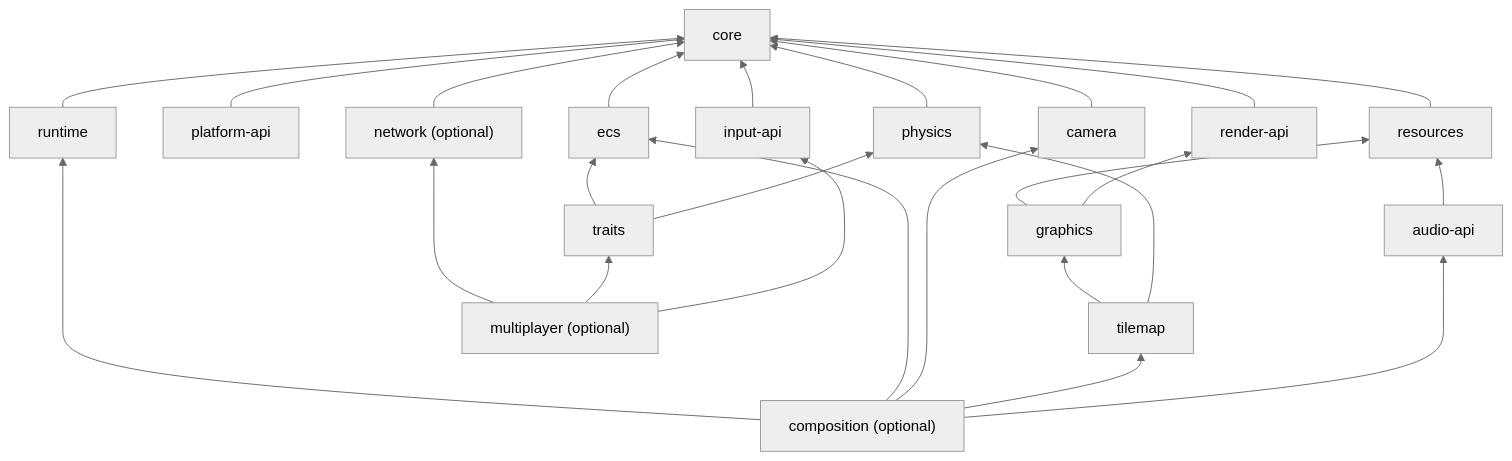
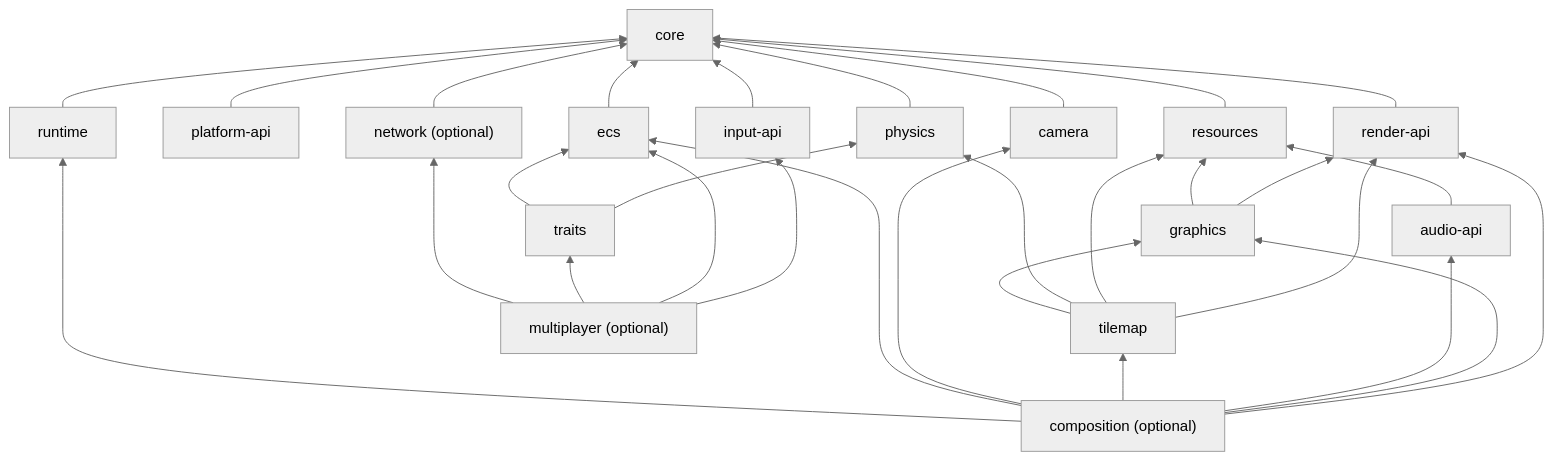
One commit to b3dgs/lionengine changed the diagram in docs/architecture/modules.md. Above: the diagram before and after it, drawn with Mermaid (neutral theme). The commit also changed other lines of this file and 31 other files, not shown here.

First line of the commit message:
docs: architecture review fixes and closure of the last open questions (ADR-0040 to ADR-0043) (#893)

````diff
--- a/docs/architecture/modules.md
+++ b/docs/architecture/modules.md
@@ -40,28 +40,33 @@
 ```mermaid
 flowchart BT
   core[core]
   runtime[runtime] --> core
   papi[platform-api] --> core
   rapi[render-api] --> core
   res[resources] --> core
   iapi[input-api] --> core
   ecs[ecs] --> core
   physics[physics] --> core
   camera[camera] --> core
   aapi[audio-api] --> res
   graphics[graphics] --> res
   graphics --> rapi
   tilemap[tilemap] --> graphics
   tilemap --> physics
+  tilemap --> res
+  tilemap --> rapi
   traits[traits] --> ecs
   traits --> physics
   composition["composition (optional)"] --> runtime
   composition --> ecs
   composition --> camera
   composition --> tilemap
   composition --> aapi
+  composition --> graphics
+  composition --> rapi
   network["network (optional)"] --> core
   multiplayer["multiplayer (optional)"] --> network
   multiplayer --> traits
+  multiplayer --> ecs
   multiplayer --> iapi
 ```
````
